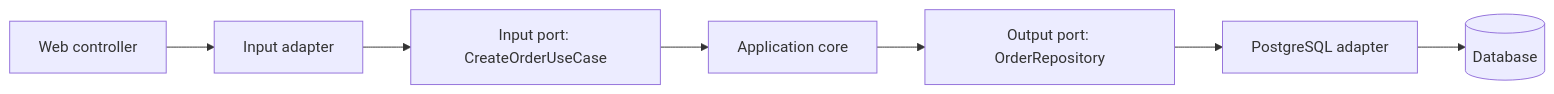
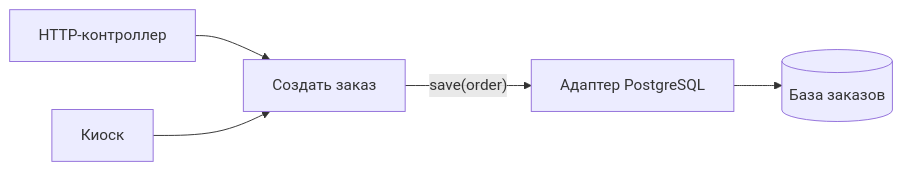
Before and after one commit to Kert0n/KPO: the third of 9 diagrams in content/lectures/Lec8/vitepress.md, drawn with Mermaid. The commit also changed other lines of this file, not shown here.

````diff
--- a/content/lectures/Lec8/vitepress.md
+++ b/content/lectures/Lec8/vitepress.md
@@ -452,9 +201,7 @@
 ```mermaid
 flowchart LR
-    Web["Web controller"] --> InAdapter["Input adapter"]
-    InAdapter --> InPort["Input port: CreateOrderUseCase"]
-    InPort --> Core["Application core"]
-    Core --> OutPort["Output port: OrderRepository"]
-    OutPort --> DbAdapter["PostgreSQL adapter"]
-    DbAdapter --> DB[("Database")]
+    Web["HTTP-контроллер"] --> UC["Создать заказ"]
+    Kiosk["Киоск"] --> UC
+    UC -->|"save(order)"| Store["Адаптер PostgreSQL"]
+    Store --> DB[("База заказов")]
 ```
````
